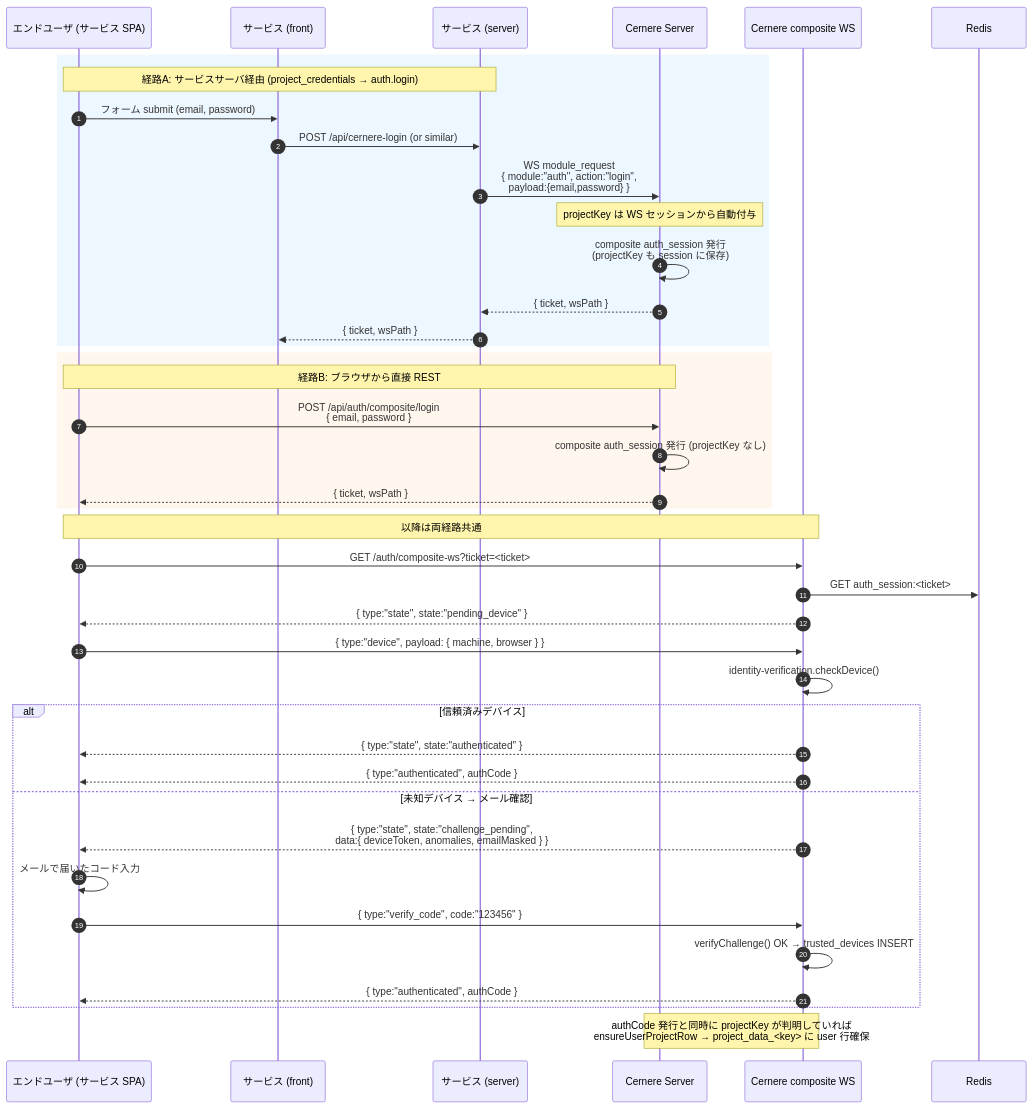
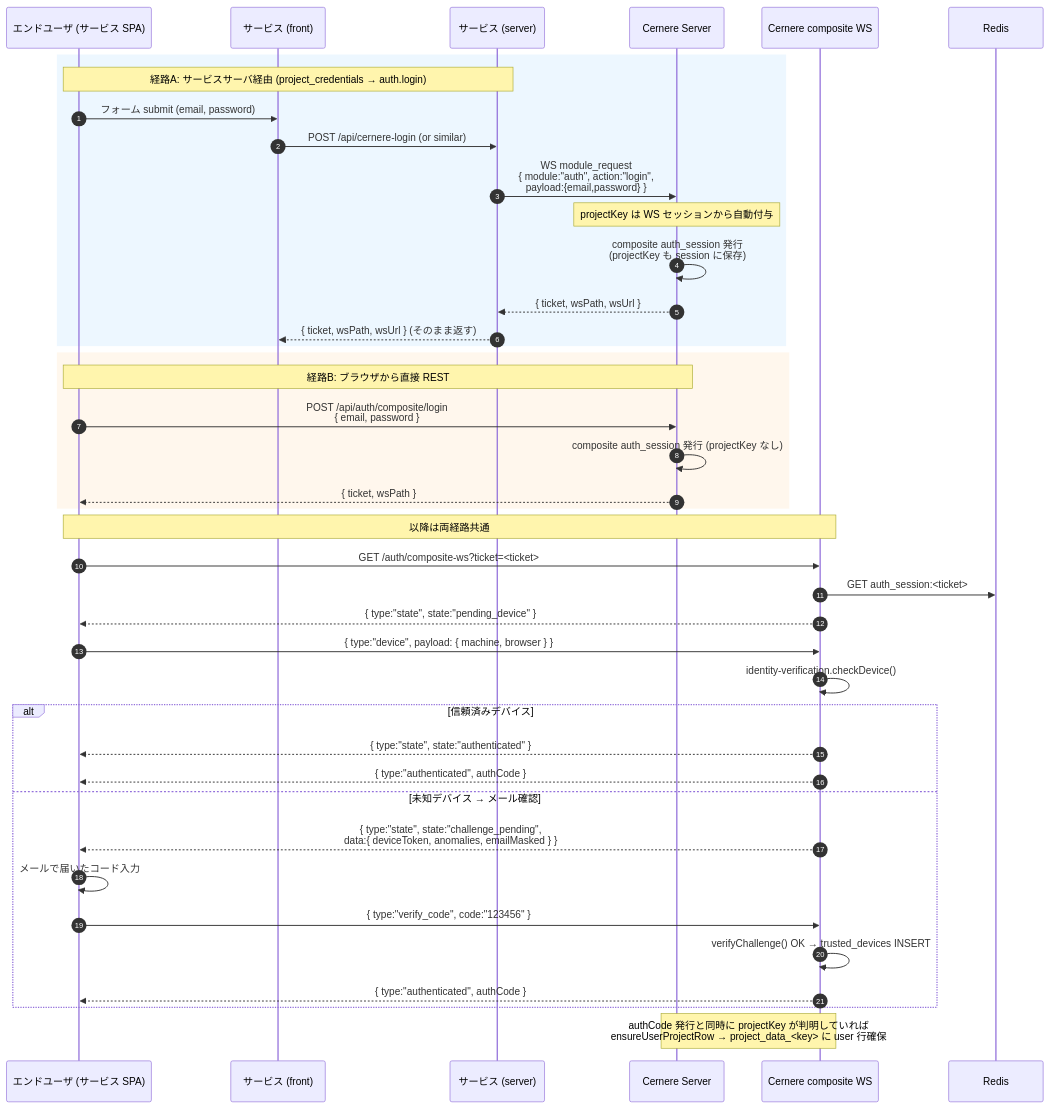
The fifth of 10 diagrams in spec/interface/auth-flows.md (LUDIARS/Cernere), drawn with Mermaid before and after one commit. The commit also changed other lines of this file and 10 other files, not shown here.

````diff
--- a/spec/interface/auth-flows.md
+++ b/spec/interface/auth-flows.md
@@ -163,47 +163,47 @@
 ```mermaid
 sequenceDiagram
     autonumber
     participant U as エンドユーザ (サービス SPA)
     participant SF as サービス (front)
     participant SS as サービス (server)
     participant CS as Cernere Server
     participant CW as Cernere composite WS
     participant R as Redis
 
     rect rgba(220,240,255,0.5)
     Note over U,SS: 経路A: サービスサーバ経由 (project_credentials → auth.login)
     U->>SF: フォーム submit (email, password)
     SF->>SS: POST /api/cernere-login (or similar)
     SS->>CS: WS module_request<br/>{ module:"auth", action:"login",<br/>  payload:{email,password} }
     Note over CS: projectKey は WS セッションから自動付与
     CS->>CS: composite auth_session 発行<br/>(projectKey も session に保存)
-    CS-->>SS: { ticket, wsPath }
-    SS-->>SF: { ticket, wsPath }
+    CS-->>SS: { ticket, wsPath, wsUrl }
+    SS-->>SF: { ticket, wsPath, wsUrl } (そのまま返す)
     end
 
     rect rgba(255,240,220,0.5)
     Note over U,CS: 経路B: ブラウザから直接 REST
     U->>CS: POST /api/auth/composite/login<br/>{ email, password }
     CS->>CS: composite auth_session 発行 (projectKey なし)
     CS-->>U: { ticket, wsPath }
     end
 
     Note over U,CW: 以降は両経路共通
     U->>CW: GET /auth/composite-ws?ticket=<ticket>
     CW->>R: GET auth_session:<ticket>
     CW-->>U: { type:"state", state:"pending_device" }
     U->>CW: { type:"device", payload: { machine, browser } }
     CW->>CW: identity-verification.checkDevice()
     alt 信頼済みデバイス
         CW-->>U: { type:"state", state:"authenticated" }
         CW-->>U: { type:"authenticated", authCode }
     else 未知デバイス → メール確認
         CW-->>U: { type:"state", state:"challenge_pending",<br/>  data:{ deviceToken, anomalies, emailMasked } }
         U->>U: メールで届いたコード入力
         U->>CW: { type:"verify_code", code:"123456" }
         CW->>CW: verifyChallenge() OK → trusted_devices INSERT
         CW-->>U: { type:"authenticated", authCode }
     end
 
     Note over CW,CS: authCode 発行と同時に projectKey が判明していれば<br/>ensureUserProjectRow → project_data_<key> に user 行確保
 ```
````
